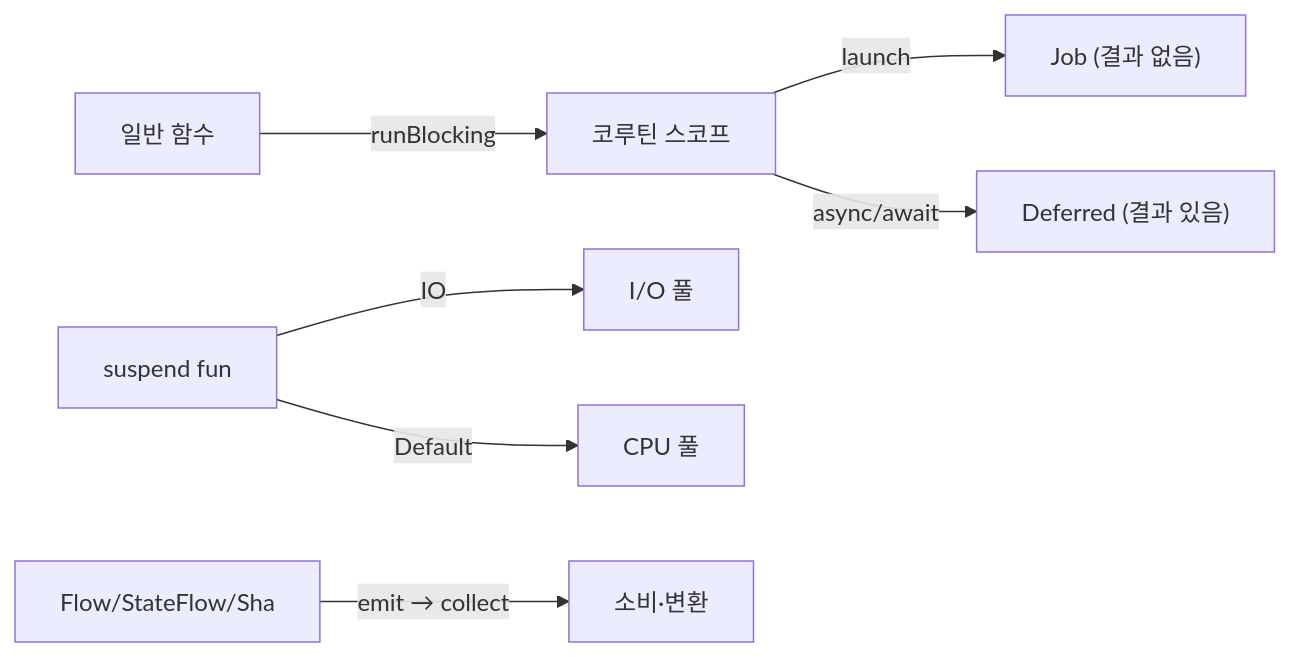
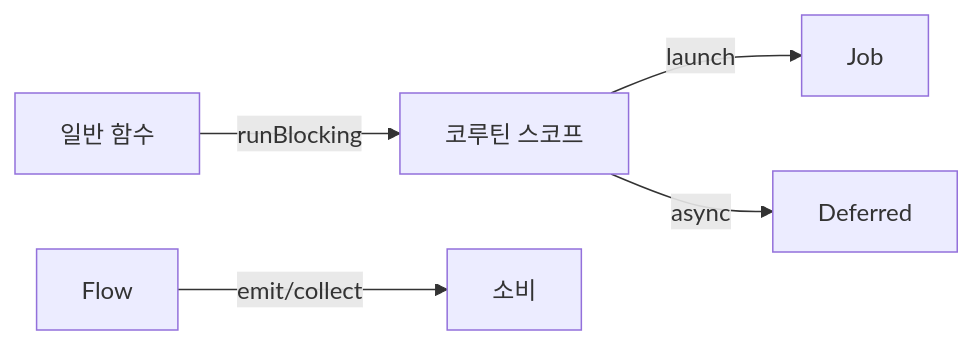
The fourth of 4 diagrams in _posts/kotlin/2026-05-02-kotlin-coroutines.md (yjkim2015/yjkim2015.github.io), drawn with Mermaid before and after one commit. The commit also changed 163 other files, not shown here.

First line of the commit message:
Mermaid 300개 블록 내용 축소: 5노드 5엣지 이하, 의미 있는 약어

````diff
--- a/_posts/kotlin/2026-05-02-kotlin-coroutines.md
+++ b/_posts/kotlin/2026-05-02-kotlin-coroutines.md
@@ -535,9 +535,7 @@
 ```mermaid
-flowchart LR
+graph LR
     Normal["일반 함수"] -->|runBlocking| Scope["코루틴 스코프"]
-    Scope -->|launch| Job["Job (결과 없음)"]
-    Scope -->|async/await| Deferred["Deferred (결과 있음)"]
-    SuspendFn["suspend fun"] -->|IO| IOPool["I/O 풀"]
-    SuspendFn -->|Default| CPUPool["CPU 풀"]
-    Flow["Flow/StateFlow/Sha"] -->|"emit → collect"| Consume["소비·변환"]
+    Scope -->|launch| Job["Job"]
+    Scope -->|async| Deferred["Deferred"]
+    Flow["Flow"] -->|emit/collect| Consume["소비"]
 ```
````
